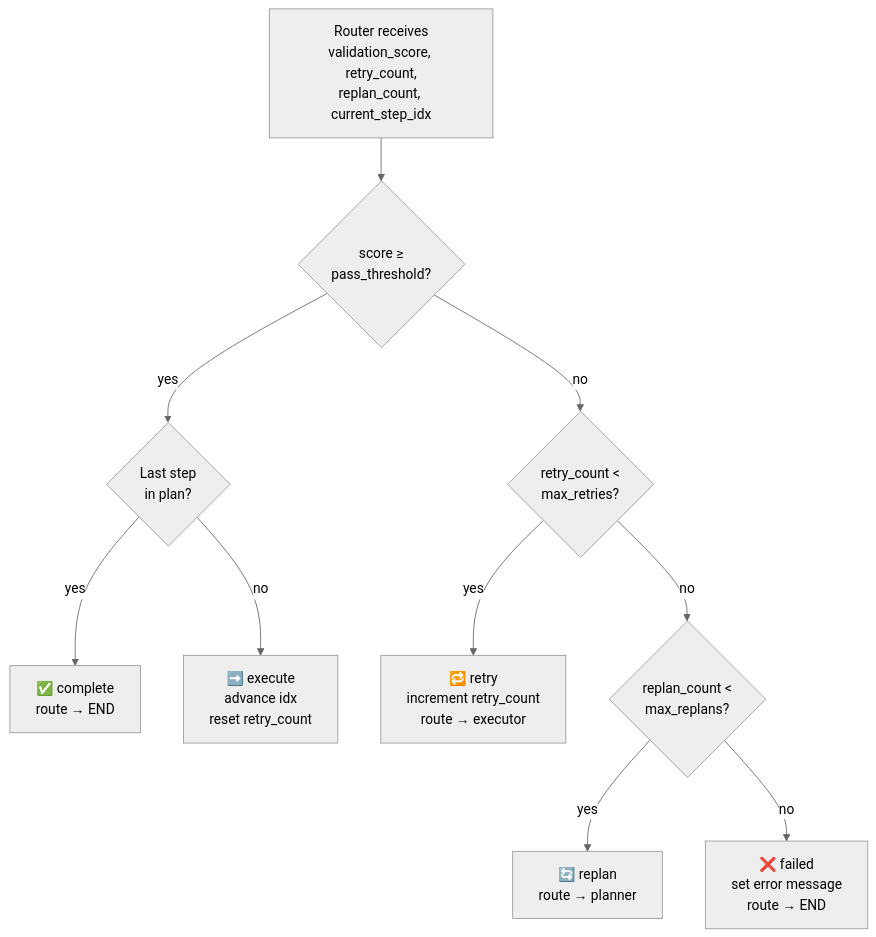
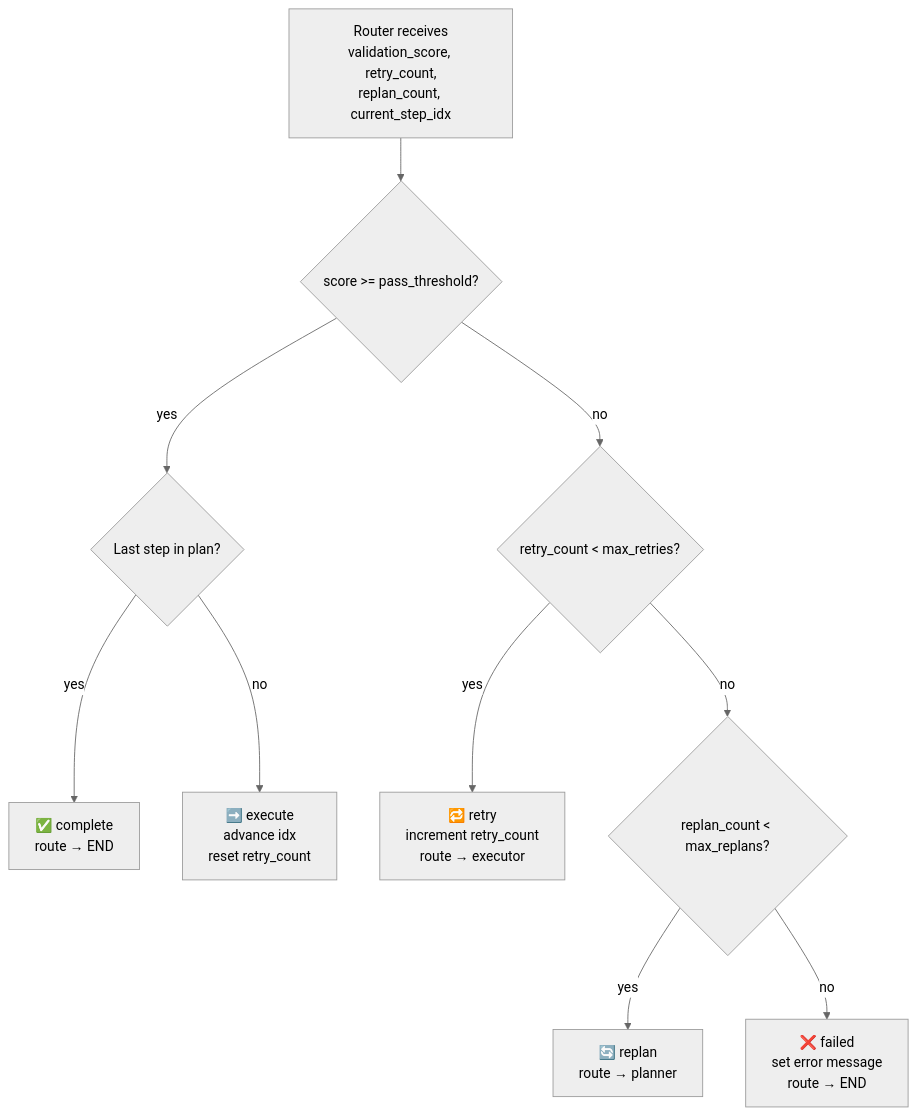
The sixth of 9 diagrams in docs/architecture.md (ManjunathGovindaraju/langgraph-plan-execute-validate), drawn with Mermaid (neutral theme) before and after one commit. The commit also changed 1 other file, not shown here.

Commit message:
doc: fixing mermaid diagrams

````diff
--- a/docs/architecture.md
+++ b/docs/architecture.md
@@ -155,26 +155,26 @@
 ```mermaid
 flowchart TD
     A["Router receives\nvalidation_score, retry_count,\nreplan_count, current_step_idx"]
 
-    B{"score ≥\npass_threshold?"}
-    C{"Last step\nin plan?"}
+    B{"score >= pass_threshold?"}
+    C{"Last step in plan?"}
     D["✅ complete\nroute → END"]
     E["➡️ execute\nadvance idx\nreset retry_count"]
 
-    F{"retry_count <\nmax_retries?"}
+    F{"retry_count < max_retries?"}
     G["🔁 retry\nincrement retry_count\nroute → executor"]
 
-    H{"replan_count <\nmax_replans?"}
+    H{"replan_count < max_replans?"}
     I["🔄 replan\nroute → planner"]
     J["❌ failed\nset error message\nroute → END"]
 
     A --> B
     B -->|"yes"| C
     C -->|"yes"| D
     C -->|"no"| E
     B -->|"no"| F
     F -->|"yes"| G
     F -->|"no"| H
     H -->|"yes"| I
     H -->|"no"| J
 ```
````
